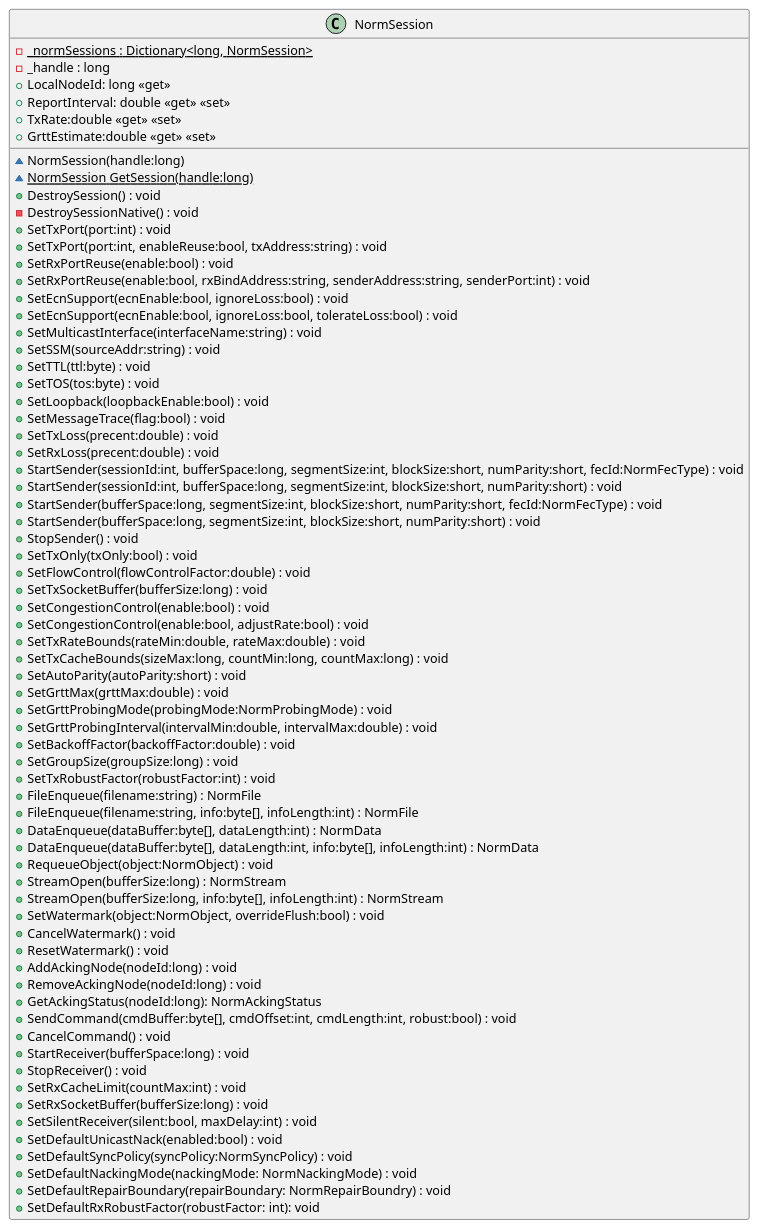
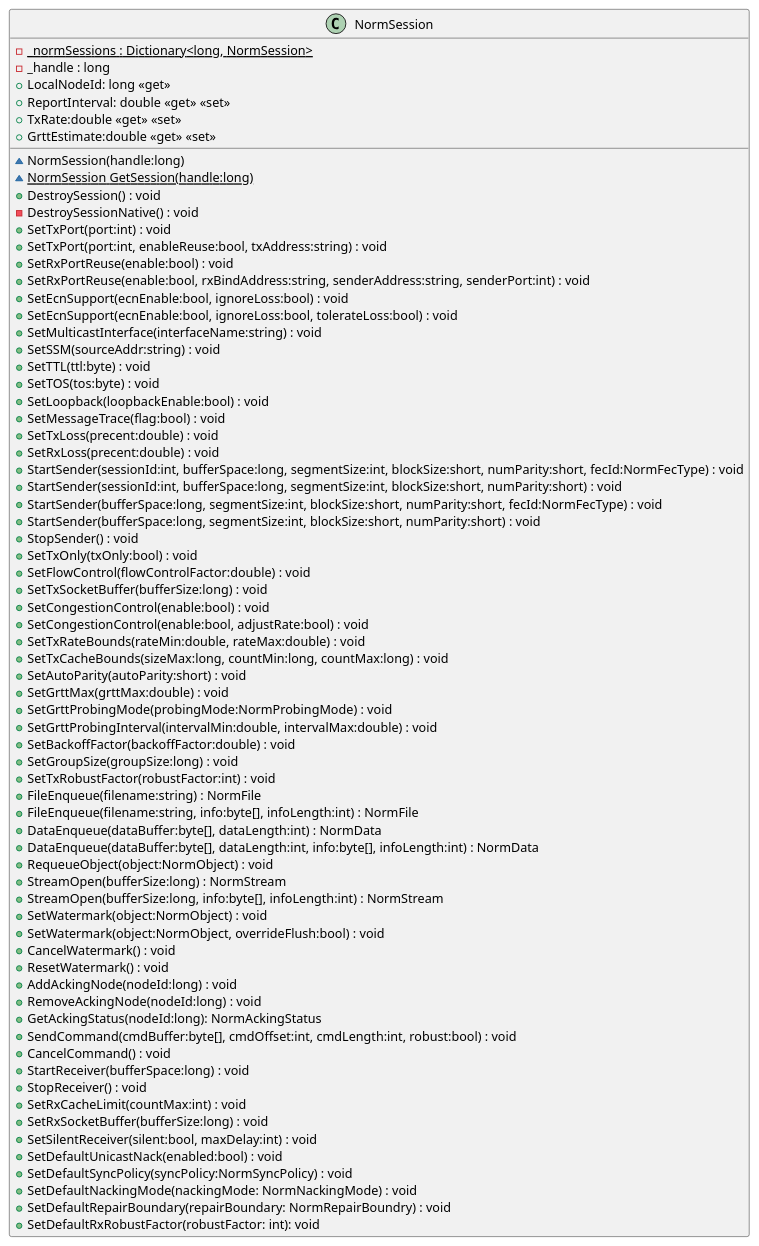
The diagram in src/dotnet/design/Mil/Navy/Nrl/Norm/NormSession.puml (mullerj/norm), drawn with PlantUML before and after one commit. The commit also changed 2 other files, not shown here.

Commit message:
Fixed SetWatermark overload

```diff
--- a/src/dotnet/design/Mil/Navy/Nrl/Norm/NormSession.puml
+++ b/src/dotnet/design/Mil/Navy/Nrl/Norm/NormSession.puml
@@ -1,72 +1,73 @@
 @startuml
 class NormSession {
     {static} -_normSessions : Dictionary<long, NormSession>
     - _handle : long
     ~ NormSession(handle:long)
     {static} ~ NormSession GetSession(handle:long)
     + DestroySession() : void
     - DestroySessionNative() : void
     + LocalNodeId: long <<get>>
     + SetTxPort(port:int) : void
     + SetTxPort(port:int, enableReuse:bool, txAddress:string) : void
     + SetRxPortReuse(enable:bool) : void
     + SetRxPortReuse(enable:bool, rxBindAddress:string, senderAddress:string, senderPort:int) : void
     + SetEcnSupport(ecnEnable:bool, ignoreLoss:bool) : void
     + SetEcnSupport(ecnEnable:bool, ignoreLoss:bool, tolerateLoss:bool) : void
     + SetMulticastInterface(interfaceName:string) : void
     + SetSSM(sourceAddr:string) : void
     + SetTTL(ttl:byte) : void
     + SetTOS(tos:byte) : void
     + SetLoopback(loopbackEnable:bool) : void
     + SetMessageTrace(flag:bool) : void
     + SetTxLoss(precent:double) : void
     + SetRxLoss(precent:double) : void
     + ReportInterval: double <<get>> <<set>>
     + StartSender(sessionId:int, bufferSpace:long, segmentSize:int, blockSize:short, numParity:short, fecId:NormFecType) : void
     + StartSender(sessionId:int, bufferSpace:long, segmentSize:int, blockSize:short, numParity:short) : void
     + StartSender(bufferSpace:long, segmentSize:int, blockSize:short, numParity:short, fecId:NormFecType) : void
     + StartSender(bufferSpace:long, segmentSize:int, blockSize:short, numParity:short) : void
     + StopSender() : void
     + SetTxOnly(txOnly:bool) : void
     + TxRate:double <<get>> <<set>>
     + SetFlowControl(flowControlFactor:double) : void
     + SetTxSocketBuffer(bufferSize:long) : void
     + SetCongestionControl(enable:bool) : void
     + SetCongestionControl(enable:bool, adjustRate:bool) : void
     + SetTxRateBounds(rateMin:double, rateMax:double) : void
     + SetTxCacheBounds(sizeMax:long, countMin:long, countMax:long) : void
     + SetAutoParity(autoParity:short) : void
     + GrttEstimate:double <<get>> <<set>>
     + SetGrttMax(grttMax:double) : void
     + SetGrttProbingMode(probingMode:NormProbingMode) : void
     + SetGrttProbingInterval(intervalMin:double, intervalMax:double) : void
     + SetBackoffFactor(backoffFactor:double) : void
     + SetGroupSize(groupSize:long) : void
     + SetTxRobustFactor(robustFactor:int) : void
     + FileEnqueue(filename:string) : NormFile
     + FileEnqueue(filename:string, info:byte[], infoLength:int) : NormFile
     + DataEnqueue(dataBuffer:byte[], dataLength:int) : NormData
     + DataEnqueue(dataBuffer:byte[], dataLength:int, info:byte[], infoLength:int) : NormData
     + RequeueObject(object:NormObject) : void
     + StreamOpen(bufferSize:long) : NormStream
     + StreamOpen(bufferSize:long, info:byte[], infoLength:int) : NormStream
+    + SetWatermark(object:NormObject) : void
     + SetWatermark(object:NormObject, overrideFlush:bool) : void
     + CancelWatermark() : void
     + ResetWatermark() : void
     + AddAckingNode(nodeId:long) : void
     + RemoveAckingNode(nodeId:long) : void
     + GetAckingStatus(nodeId:long): NormAckingStatus
     + SendCommand(cmdBuffer:byte[], cmdOffset:int, cmdLength:int, robust:bool) : void
     + CancelCommand() : void
     + StartReceiver(bufferSpace:long) : void
     + StopReceiver() : void
     + SetRxCacheLimit(countMax:int) : void
     + SetRxSocketBuffer(bufferSize:long) : void
     + SetSilentReceiver(silent:bool, maxDelay:int) : void
     + SetDefaultUnicastNack(enabled:bool) : void
     + SetDefaultSyncPolicy(syncPolicy:NormSyncPolicy) : void
     + SetDefaultNackingMode(nackingMode: NormNackingMode) : void
     + SetDefaultRepairBoundary(repairBoundary: NormRepairBoundry) : void
     + SetDefaultRxRobustFactor(robustFactor: int): void
 }
 @enduml
```
